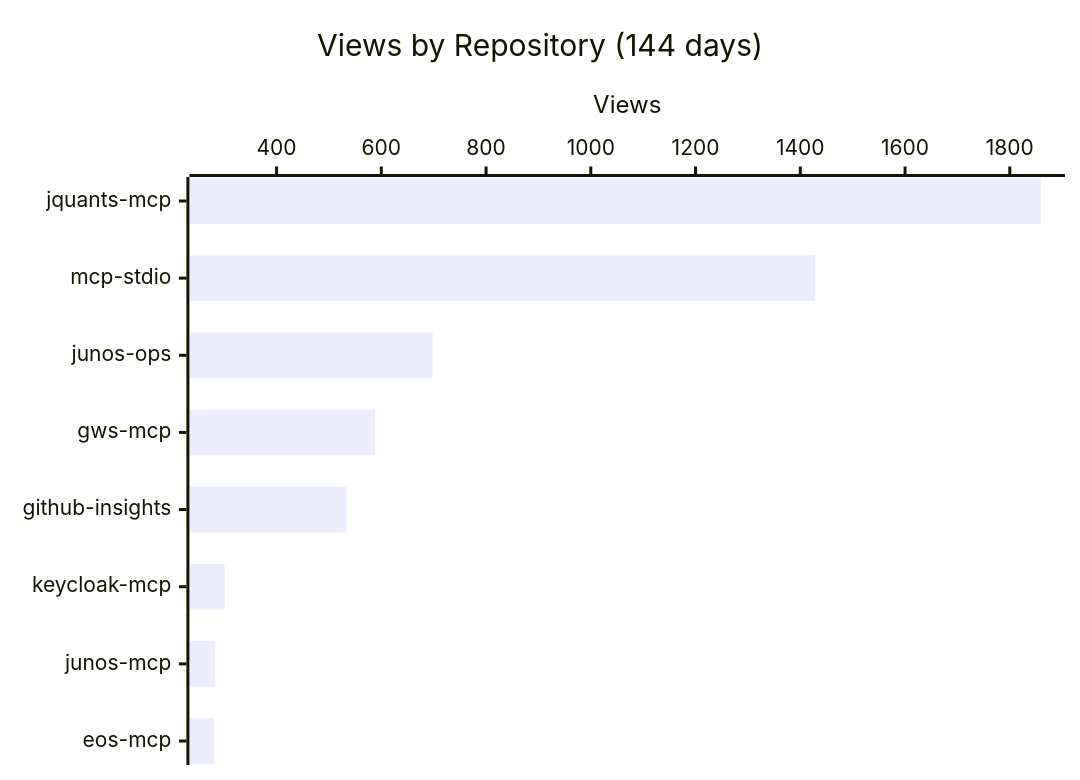
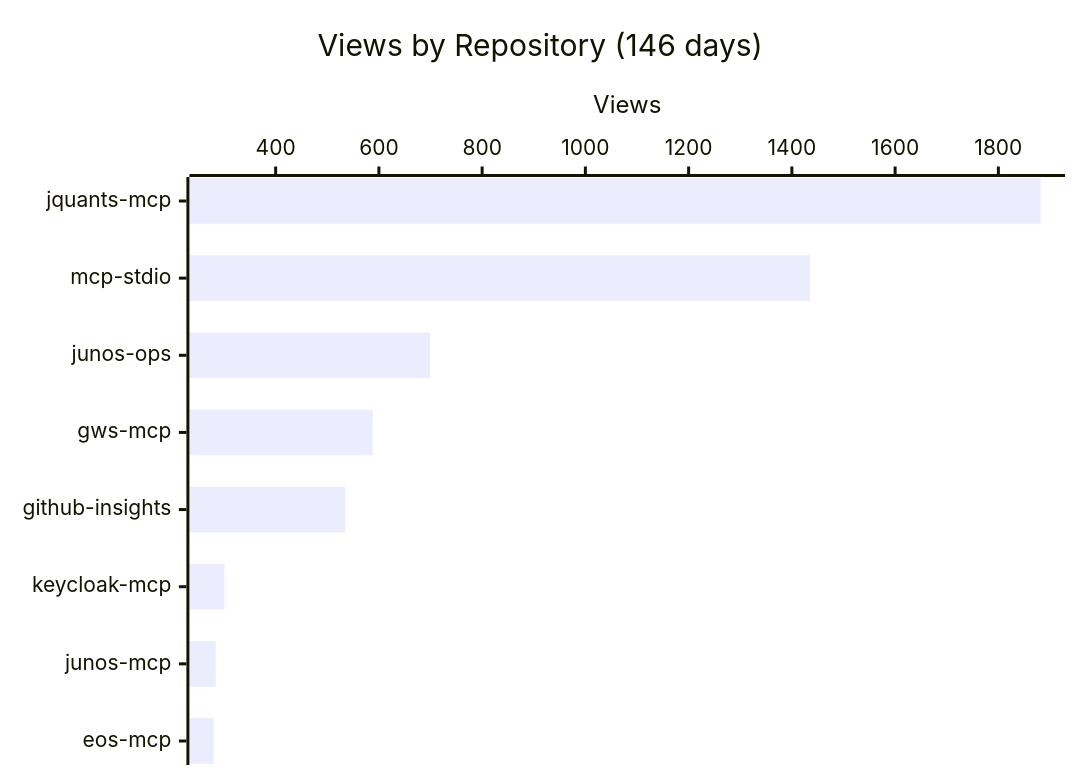
The first of 4 diagrams in README.md (shigechika/github-insights), drawn with Mermaid before and after one commit. The commit also changed other lines of this file and 2 other files, not shown here.

````diff
--- a/README.md
+++ b/README.md
@@ -18,7 +18,7 @@
 ```mermaid
 xychart-beta horizontal
-    title "Views by Repository (144 days)"
+    title "Views by Repository (146 days)"
     x-axis ["jquants-mcp", "mcp-stdio", "junos-ops", "gws-mcp", "github-insights", "keycloak-mcp", "junos-mcp", "eos-mcp"]
     y-axis "Views"
-    bar [1859, 1428, 698, 588, 534, 301, 283, 280]
+    bar [1882, 1435, 699, 588, 535, 301, 284, 280]
 ```
````
